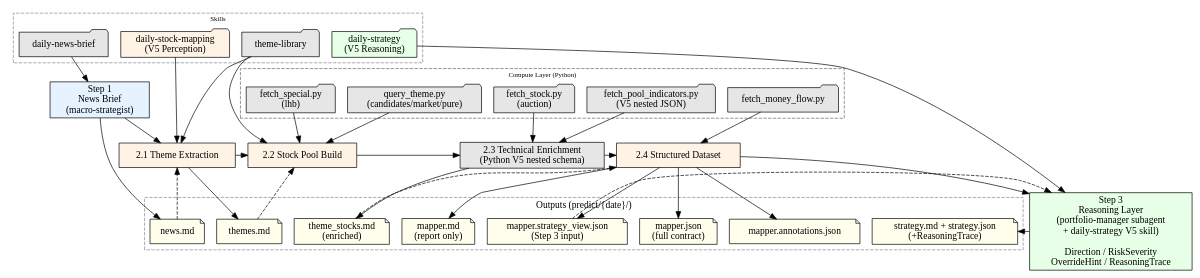
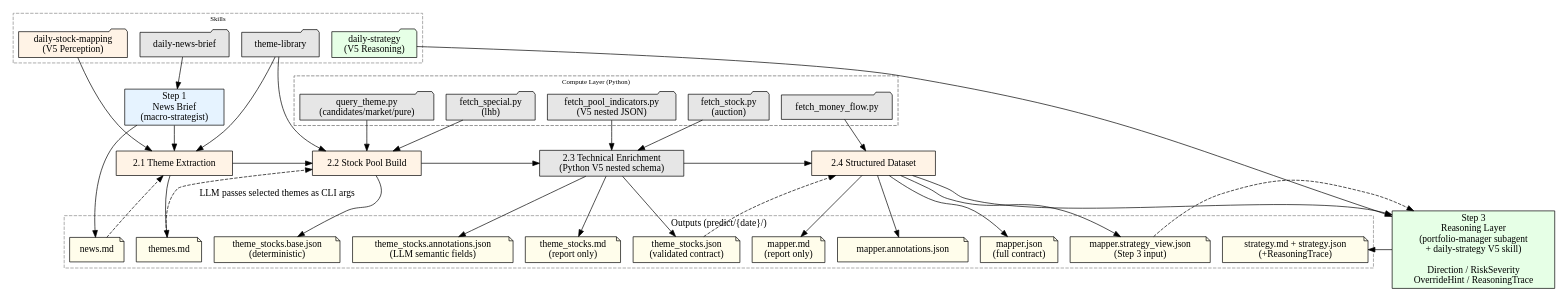
Before and after one commit to mysll/ashare-pilot: the diagram in .opencode/skills/daily-market-analysis/SKILL.md, drawn with Graphviz. The commit also changed other lines of this file and 13 other files, not shown here.

Commit message:
feat:add theme_stocks json

```diff
--- a/.opencode/skills/daily-market-analysis/SKILL.md
+++ b/.opencode/skills/daily-market-analysis/SKILL.md
@@ -77,7 +77,10 @@
 
         "news.md" [shape=note, style=filled, fillcolor="#fffdeb"];
         "themes.md" [shape=note, style=filled, fillcolor="#fffdeb"];
-        "theme_stocks.md\n(enriched)" [shape=note, style=filled, fillcolor="#fffdeb"];
+        "theme_stocks.base.json\n(deterministic)" [shape=note, style=filled, fillcolor="#fffdeb"];
+        "theme_stocks.annotations.json\n(LLM semantic fields)" [shape=note, style=filled, fillcolor="#fffdeb"];
+        "theme_stocks.json\n(validated contract)" [shape=note, style=filled, fillcolor="#fffdeb"];
+        "theme_stocks.md\n(report only)" [shape=note, style=filled, fillcolor="#fffdeb"];
         "mapper.annotations.json" [shape=note, style=filled, fillcolor="#fffdeb"];
         "mapper.json\n(full contract)" [shape=note, style=filled, fillcolor="#fffdeb"];
         "mapper.strategy_view.json\n(Step 3 input)" [shape=note, style=filled, fillcolor="#fffdeb"];
@@ -95,7 +98,10 @@
     // Output file writes
     "Step 1: News Brief" -> "news.md";
     "2.1 Theme Extraction" -> "themes.md";
-    "2.3 Technical Enrichment\n(Python V5 nested schema)" -> "theme_stocks.md\n(enriched)";
+    "2.2 Stock Pool Build" -> "theme_stocks.base.json\n(deterministic)";
+    "2.3 Technical Enrichment\n(Python V5 nested schema)" -> "theme_stocks.annotations.json\n(LLM semantic fields)";
+    "2.3 Technical Enrichment\n(Python V5 nested schema)" -> "theme_stocks.json\n(validated contract)";
+    "2.3 Technical Enrichment\n(Python V5 nested schema)" -> "theme_stocks.md\n(report only)";
     "2.4 Structured Dataset" -> "mapper.annotations.json";
     "2.4 Structured Dataset" -> "mapper.json\n(full contract)";
     "2.4 Structured Dataset" -> "mapper.strategy_view.json\n(Step 3 input)";
@@ -117,8 +123,8 @@
     "query_theme.py\n(candidates/market/pure)" -> "2.2 Stock Pool Build";
 
     // Inter-stage file reads (dashed)
-    "themes.md" -> "2.2 Stock Pool Build" [style=dashed];
-    "theme_stocks.md\n(enriched)" -> "2.4 Structured Dataset" [style=dashed];
+    "themes.md" -> "2.2 Stock Pool Build" [style=dashed, label="LLM passes selected themes as CLI args"];
+    "theme_stocks.json\n(validated contract)" -> "2.4 Structured Dataset" [style=dashed];
     "news.md" -> "2.1 Theme Extraction" [style=dashed];
     "mapper.strategy_view.json\n(Step 3 input)" -> "Step 3: Reasoning" [style=dashed];
 
```
